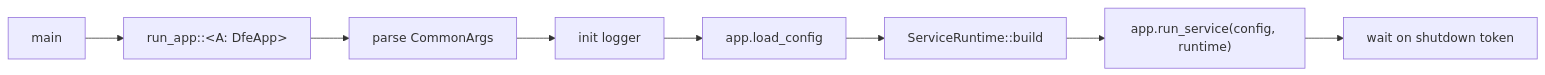
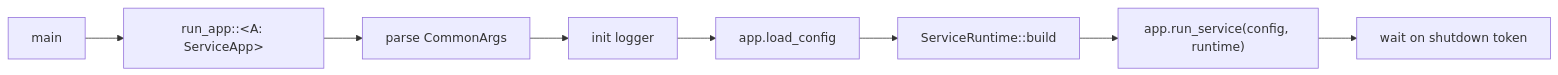
One commit to hyperi-io/hyperi-rustlib changed the diagram in docs/runtime/SERVICE-RUNTIME.md. Above: the diagram before and after it, drawn with Mermaid. The commit also changed other lines of this file and 24 other files, not shown here.

Commit message:
fix: rename Dfe* public types to Service*, keep aliases

````diff
--- a/docs/runtime/SERVICE-RUNTIME.md
+++ b/docs/runtime/SERVICE-RUNTIME.md
@@ -49,10 +49,10 @@
 ```mermaid
 flowchart LR
-    A[main] --> B["run_app::&lt;A: DfeApp&gt;"]
+    A[main] --> B["run_app::&lt;A: ServiceApp&gt;"]
     B --> C[parse CommonArgs]
     C --> D[init logger]
     D --> E[app.load_config]
     E --> F[ServiceRuntime::build]
     F --> G["app.run_service(config, runtime)"]
     G --> H[wait on shutdown token]
 ```
````
